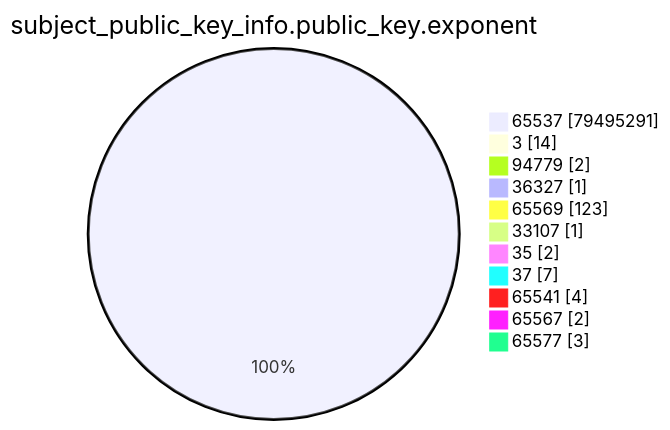
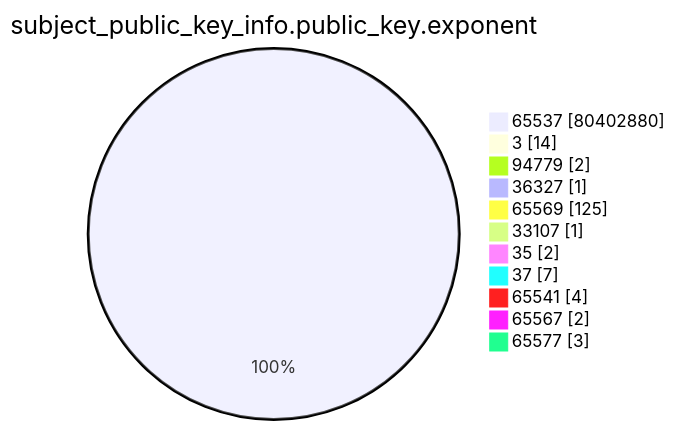
Before and after one commit to christiankrug/ctmonitor_visualization: the fourth of 15 diagrams in xenon2023/README.md, drawn with Mermaid. The commit also changed other lines of this file, not shown here.

````diff
--- a/xenon2023/README.md
+++ b/xenon2023/README.md
@@ -1231,15 +1235,15 @@
 ```mermaid
 pie showData
 title subject_public_key_info.public_key.exponent
-"65537" :79495291
+"65537" :80402880
 "3" :14
 "94779" :2
 "36327" :1
-"65569" :123
+"65569" :125
 "33107" :1
 "35" :2
 "37" :7
 "65541" :4
 "65567" :2
 "65577" :3
 ```
````
